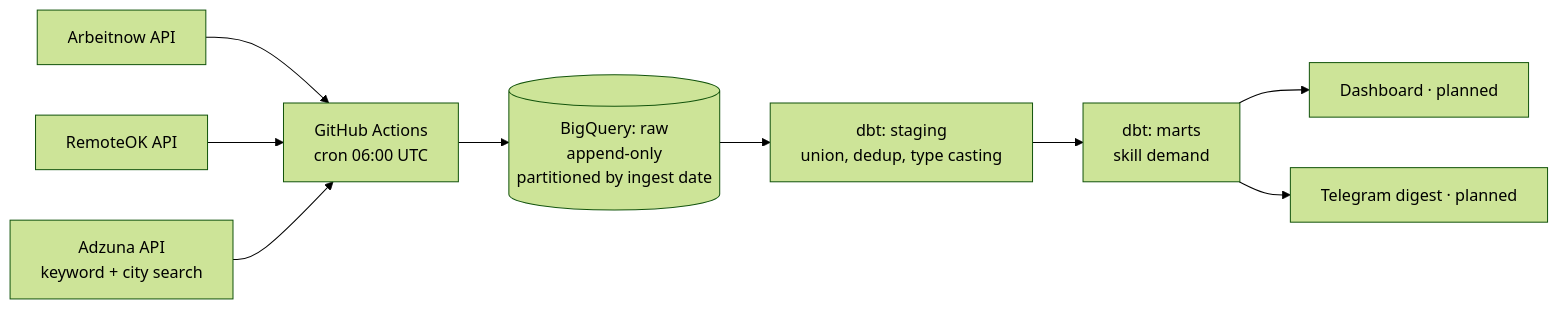
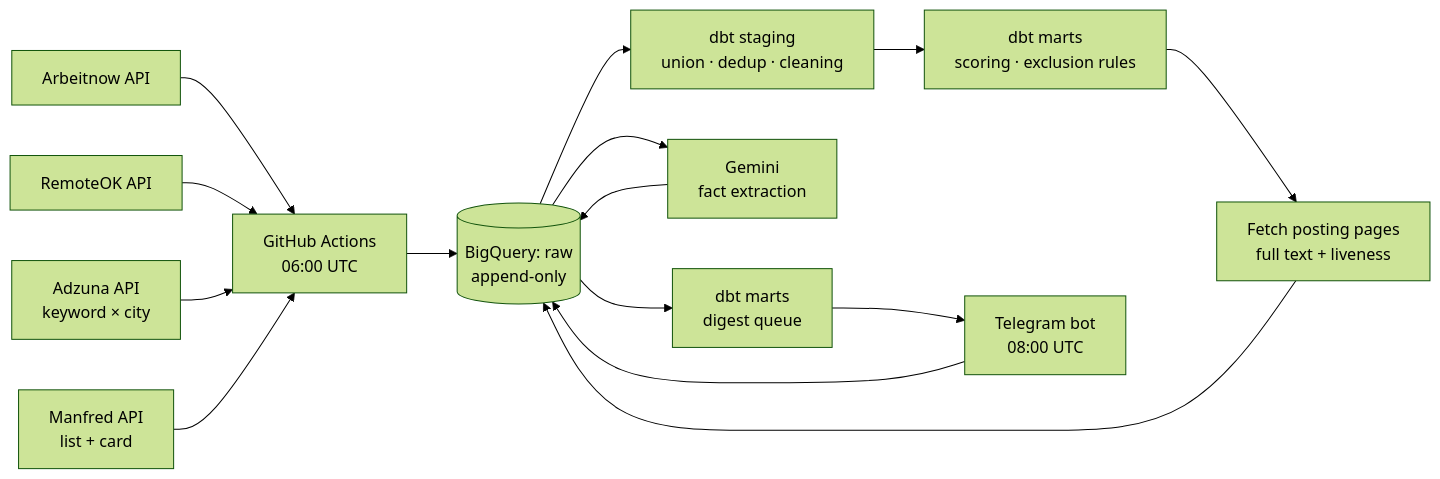
Before and after one commit to samsonovanatalia/vacancy-radar: the diagram in README.md, drawn with Mermaid (forest theme). The commit also changed other lines of this file, not shown here.

````diff
--- a/README.md
+++ b/README.md
@@ -19,11 +21,17 @@
 ```mermaid
 flowchart LR
-    A1[Arbeitnow API] --> C[GitHub Actions<br/>cron 06:00 UTC]
+    A1[Arbeitnow API] --> C[GitHub Actions<br/>06:00 UTC]
     A2[RemoteOK API] --> C
-    A3[Adzuna API<br/>keyword + city search] --> C
-    C --> R[(BigQuery: raw<br/>append-only<br/>partitioned by ingest date)]
-    R --> S[dbt: staging<br/>union, dedup, type casting]
-    S --> M[dbt: marts<br/>skill demand]
-    M --> D[Dashboard · planned]
-    M --> T[Telegram digest · planned]
+    A3[Adzuna API<br/>keyword × city] --> C
+    A4[Manfred API<br/>list + card] --> C
+    C --> R[(BigQuery: raw<br/>append-only)]
+    R --> S[dbt staging<br/>union · dedup · cleaning]
+    S --> M1[dbt marts<br/>scoring · exclusion rules]
+    M1 --> F[Fetch posting pages<br/>full text + liveness]
+    F --> R
+    R --> E[Gemini<br/>fact extraction]
+    E --> R
+    R --> M2[dbt marts<br/>digest queue]
+    M2 --> T[Telegram bot<br/>08:00 UTC]
+    T --> R
 ```
````
